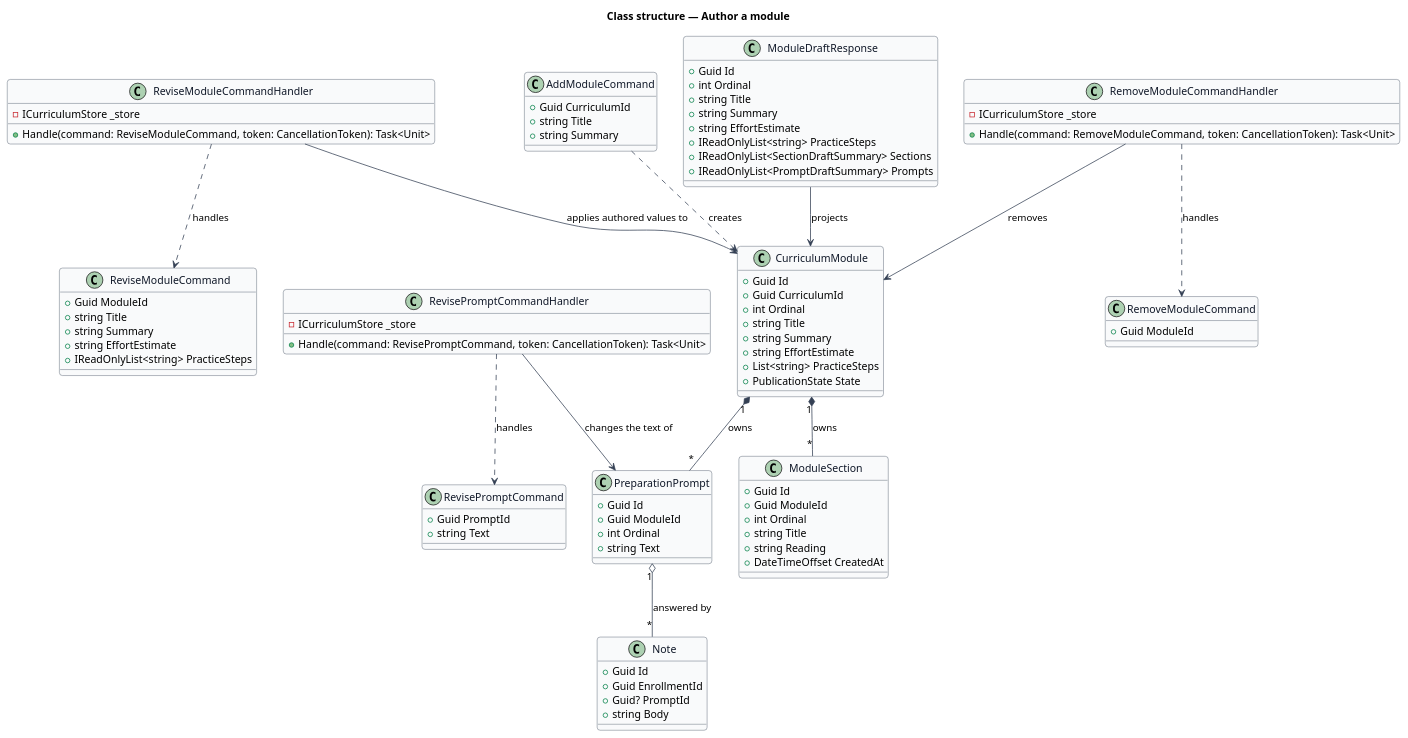
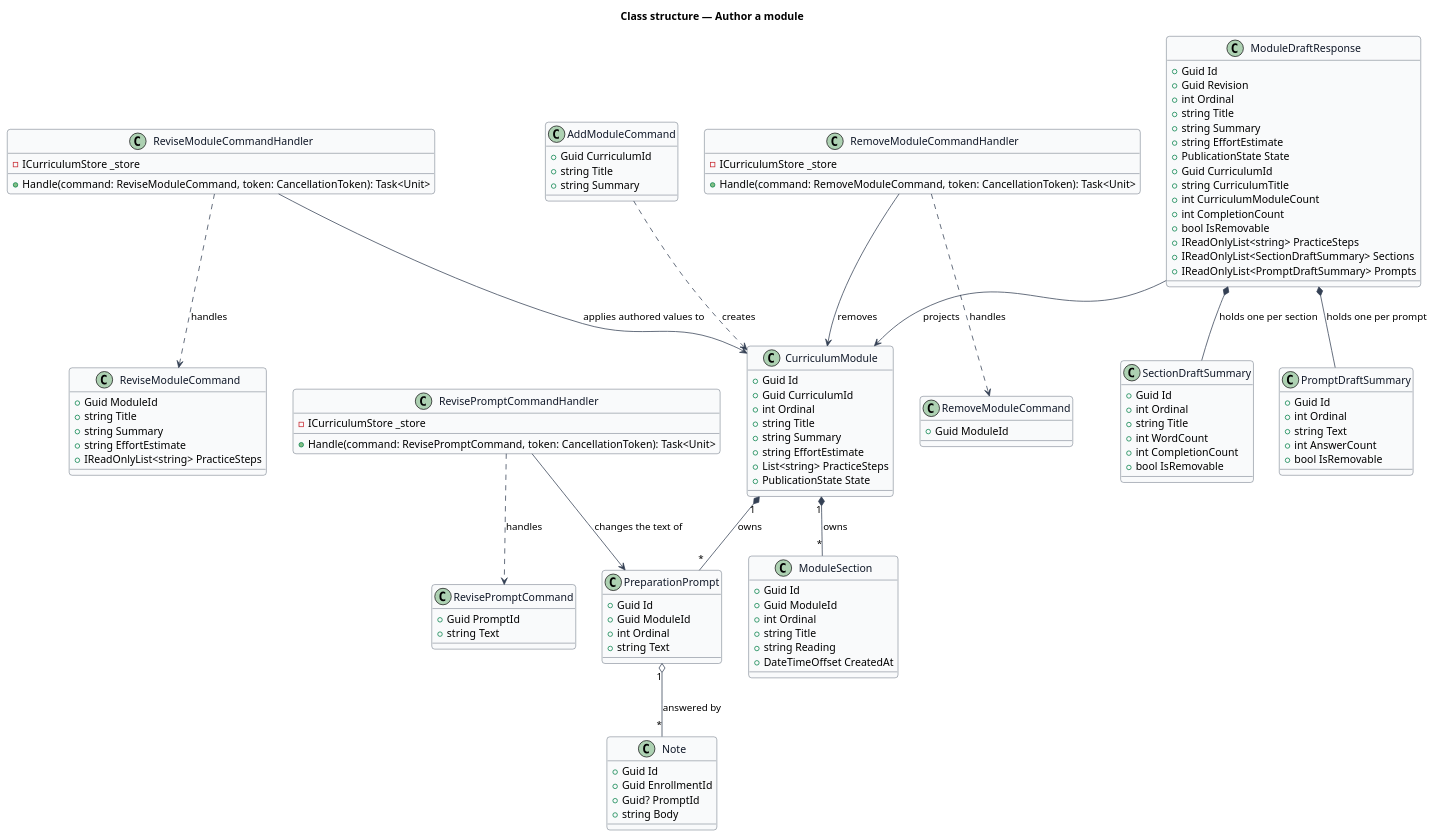
Before and after one commit to QuinntyneBrown/quinntyne-brown-stewardship: the diagram in docs/detailed-designs/administration/author-module/diagrams/class-structure.puml, drawn with PlantUML. The commit also changed 2 other files, not shown here.

```diff
--- a/docs/detailed-designs/administration/author-module/diagrams/class-structure.puml
+++ b/docs/detailed-designs/administration/author-module/diagrams/class-structure.puml
@@ -1,108 +1,134 @@
 @startuml
 skinparam backgroundColor #FFFFFF
 skinparam shadowing false
 skinparam roundcorner 8
 skinparam defaultFontName Arial
 skinparam ArrowColor #344054
 skinparam class {
   BorderColor #344054
   FontColor #101828
   BackgroundColor #F9FAFB
 }
 title Class structure — Author a module
 
 class CurriculumModule {
   +Guid Id
   +Guid CurriculumId
   +int Ordinal
   +string Title
   +string Summary
   +string EffortEstimate
   +List<string> PracticeSteps
   +PublicationState State
 }
 
 class ModuleSection {
   +Guid Id
   +Guid ModuleId
   +int Ordinal
   +string Title
   +string Reading
   +DateTimeOffset CreatedAt
 }
 
 class PreparationPrompt {
   +Guid Id
   +Guid ModuleId
   +int Ordinal
   +string Text
 }
 
 class Note {
   +Guid Id
   +Guid EnrollmentId
   +Guid? PromptId
   +string Body
 }
 
 class AddModuleCommand {
   +Guid CurriculumId
   +string Title
   +string Summary
 }
 
 class ReviseModuleCommand {
   +Guid ModuleId
   +string Title
   +string Summary
   +string EffortEstimate
   +IReadOnlyList<string> PracticeSteps
 }
 
 class ReviseModuleCommandHandler {
   -ICurriculumStore _store
   +Handle(command: ReviseModuleCommand, token: CancellationToken): Task<Unit>
 }
 
 class RemoveModuleCommand {
   +Guid ModuleId
 }
 
 class RemoveModuleCommandHandler {
   -ICurriculumStore _store
   +Handle(command: RemoveModuleCommand, token: CancellationToken): Task<Unit>
 }
 
 class RevisePromptCommand {
   +Guid PromptId
   +string Text
 }
 
 class RevisePromptCommandHandler {
   -ICurriculumStore _store
   +Handle(command: RevisePromptCommand, token: CancellationToken): Task<Unit>
 }
 
 class ModuleDraftResponse {
   +Guid Id
+  +Guid Revision
   +int Ordinal
   +string Title
   +string Summary
   +string EffortEstimate
+  +PublicationState State
+  +Guid CurriculumId
+  +string CurriculumTitle
+  +int CurriculumModuleCount
+  +int CompletionCount
+  +bool IsRemovable
   +IReadOnlyList<string> PracticeSteps
   +IReadOnlyList<SectionDraftSummary> Sections
   +IReadOnlyList<PromptDraftSummary> Prompts
+}
+
+class SectionDraftSummary {
+  +Guid Id
+  +int Ordinal
+  +string Title
+  +int WordCount
+  +int CompletionCount
+  +bool IsRemovable
+}
+
+class PromptDraftSummary {
+  +Guid Id
+  +int Ordinal
+  +string Text
+  +int AnswerCount
+  +bool IsRemovable
 }
 
 CurriculumModule "1" *-- "*" ModuleSection : owns
 CurriculumModule "1" *-- "*" PreparationPrompt : owns
 PreparationPrompt "1" o-- "*" Note : answered by
 ReviseModuleCommandHandler ..> ReviseModuleCommand : handles
 ReviseModuleCommandHandler --> CurriculumModule : applies authored values to
 RemoveModuleCommandHandler ..> RemoveModuleCommand : handles
 RemoveModuleCommandHandler --> CurriculumModule : removes
 RevisePromptCommandHandler ..> RevisePromptCommand : handles
 RevisePromptCommandHandler --> PreparationPrompt : changes the text of
 ModuleDraftResponse --> CurriculumModule : projects
+ModuleDraftResponse *-- SectionDraftSummary : holds one per section
+ModuleDraftResponse *-- PromptDraftSummary : holds one per prompt
 AddModuleCommand ..> CurriculumModule : creates
 @enduml
```
